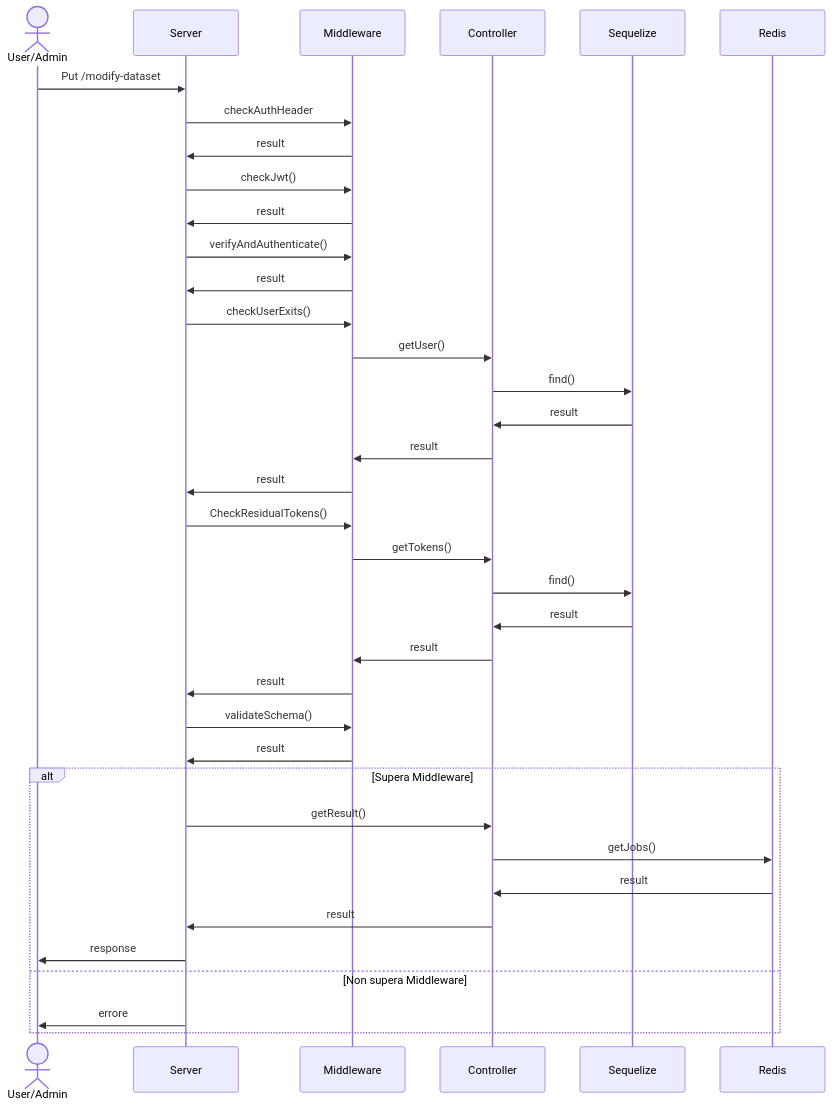
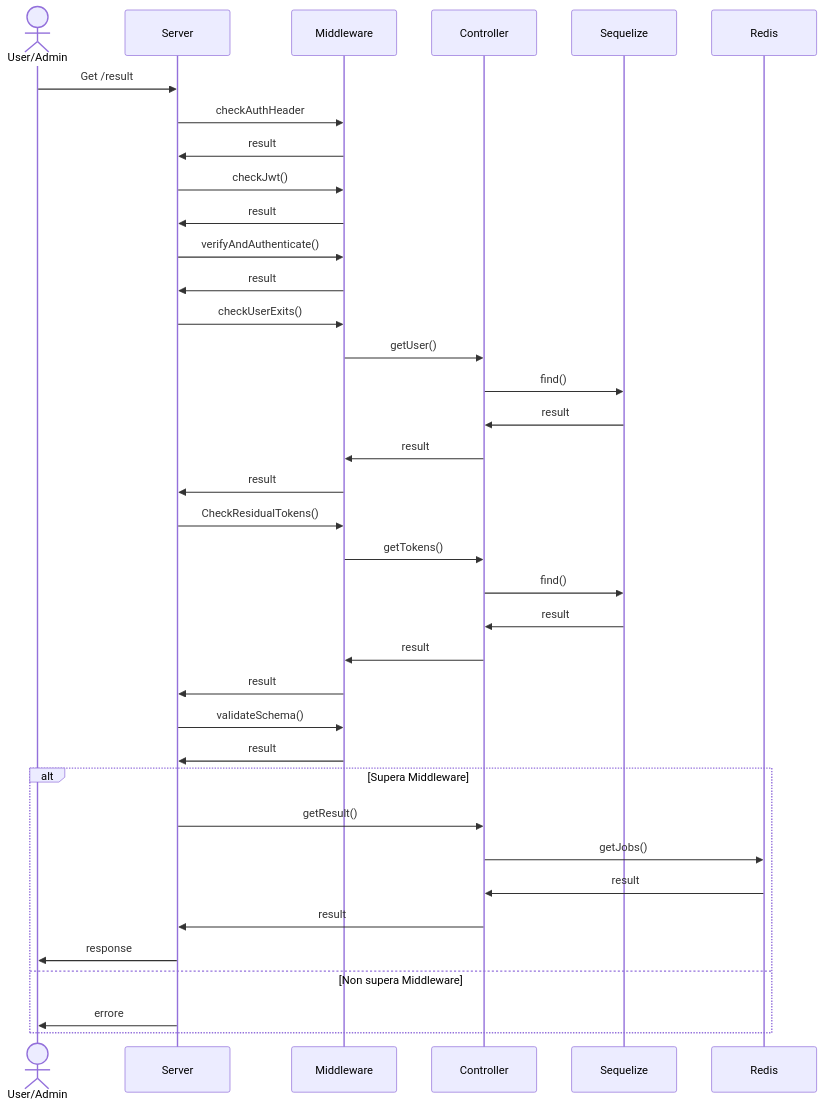
Before and after one commit to AgneseBruglia/PA2024: diagram 14 of 15 in README.md, drawn with Mermaid. The commit also changed other lines of this file, not shown here.

````diff
--- a/README.md
+++ b/README.md
@@ -861,43 +861,43 @@
 ```mermaid
 sequenceDiagram
     actor User/Admin
 
-    User/Admin->>Server: Put /modify-dataset
+    User/Admin->>Server: Get /result
 
     Server->>Middleware: checkAuthHeader
     Middleware->>Server: result
 
     Server->>Middleware: checkJwt()
     Middleware->>Server: result
 
     Server->>Middleware: verifyAndAuthenticate()
     Middleware->>Server: result
 
     Server->>Middleware: checkUserExits()
     Middleware->>Controller: getUser()
     Controller->>Sequelize: find()
     Sequelize->>Controller: result
     Controller->>Middleware: result
     Middleware->>Server: result
 
     Server->>Middleware: CheckResidualTokens()
     Middleware->>Controller: getTokens()
     Controller->>Sequelize: find()
     Sequelize->>Controller: result
     Controller->>Middleware: result
     Middleware->>Server: result
 
     Server->>Middleware: validateSchema()
     Middleware->>Server: result
 
     alt Supera Middleware
         Server->>Controller: getResult()
         Controller->>Redis: getJobs()
         Redis->>Controller: result
         Controller->>Server: result
         Server->>User/Admin: response
     else Non supera Middleware
         Server->>User/Admin: errore
     end
 
 ```
````
